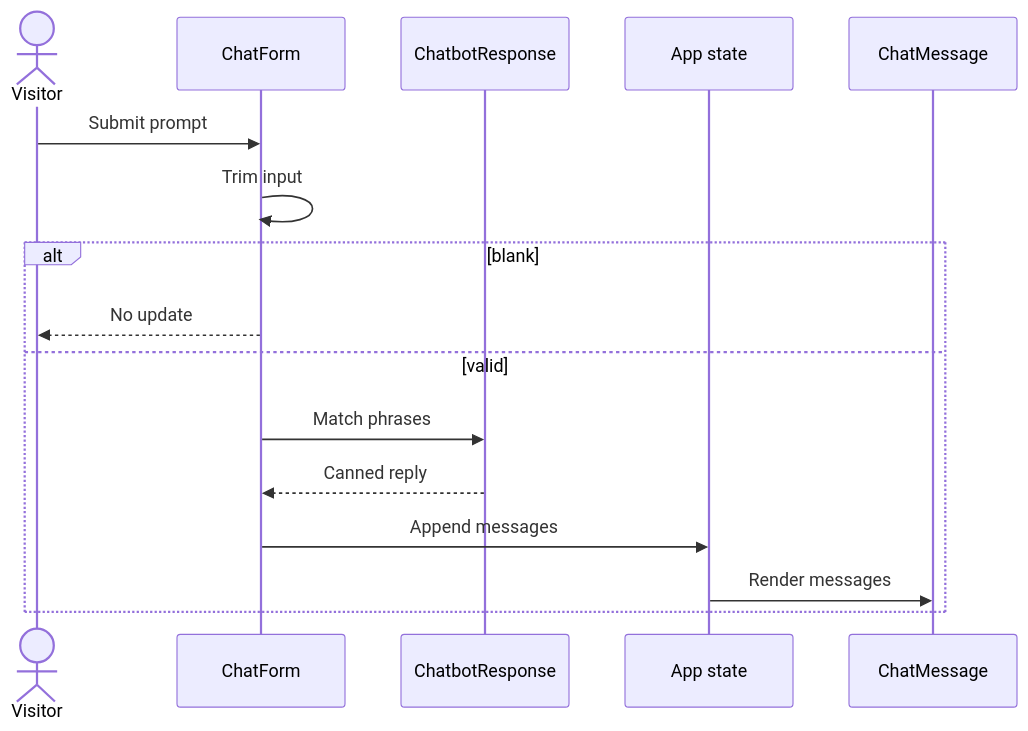
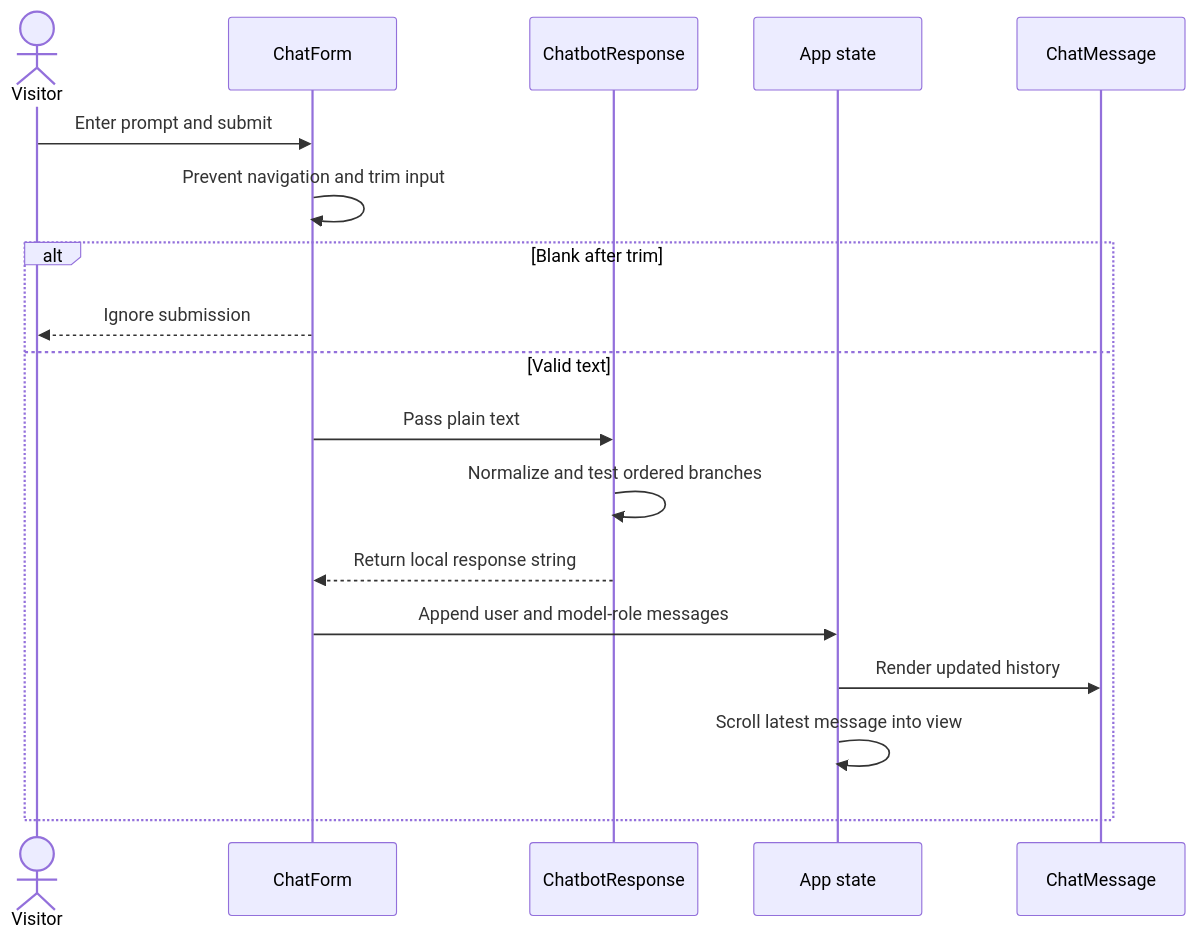
One commit to Brajesh31/chat-bot changed the diagram in docs/diagrams/MESSAGE_LIFECYCLE.md. Above: the diagram before and after it, drawn with Mermaid. The commit also changed other lines of this file and 84 other files, not shown here.

````diff
--- a/docs/diagrams/MESSAGE_LIFECYCLE.md
+++ b/docs/diagrams/MESSAGE_LIFECYCLE.md
@@ -3,18 +5,20 @@
 ```mermaid
 sequenceDiagram
  actor Visitor
  participant Form as ChatForm
- participant Rules as ChatbotResponse
- participant State as App state
+ participant Helper as ChatbotResponse
+ participant App as App state
  participant View as ChatMessage
- Visitor->>Form: Submit prompt
- Form->>Form: Trim input
- alt blank
-  Form-->>Visitor: No update
- else valid
-  Form->>Rules: Match phrases
-  Rules-->>Form: Canned reply
-  Form->>State: Append messages
-  State->>View: Render messages
+ Visitor->>Form: Enter prompt and submit
+ Form->>Form: Prevent navigation and trim input
+ alt Blank after trim
+  Form-->>Visitor: Ignore submission
+ else Valid text
+  Form->>Helper: Pass plain text
+  Helper->>Helper: Normalize and test ordered branches
+  Helper-->>Form: Return local response string
+  Form->>App: Append user and model-role messages
+  App->>View: Render updated history
+  App->>App: Scroll latest message into view
  end
 ```
````
